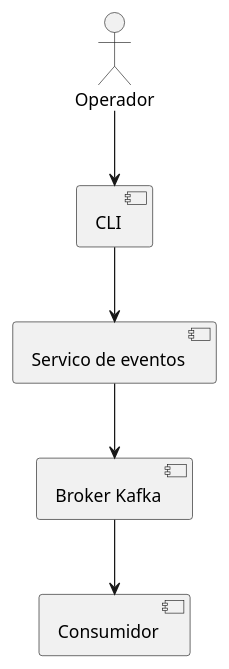
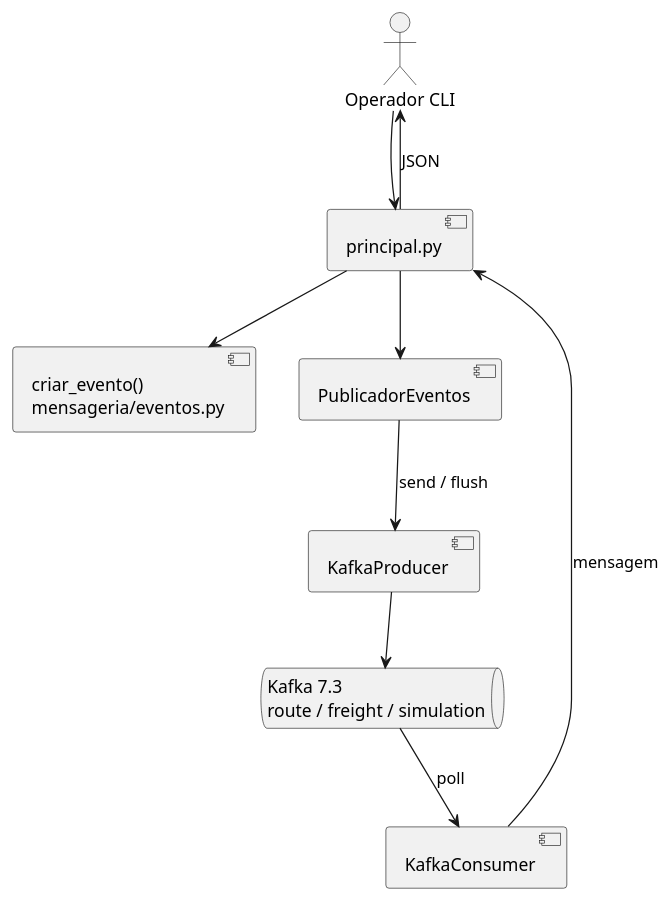
One commit to DanieldeAlmeida2024/kafka changed the diagram in docs/UML.puml. Above: the diagram before and after it, drawn with PlantUML. The commit also changed 11 other files, not shown here.

Commit message:
docs: especificacao individual, casos de teste, UML e versionamento de kafka (#3)

```diff
--- a/docs/UML.puml
+++ b/docs/UML.puml
@@ -1,11 +1,17 @@
 @startuml
-actor Operador
-component CLI
-component "Servico de eventos" as Servico
-component "Broker Kafka" as Broker
-component Consumidor
-Operador --> CLI
-CLI --> Servico
-Servico --> Broker
-Broker --> Consumidor
+actor "Operador CLI" as O
+component "principal.py" as CLI
+component "criar_evento()\nmensageria/eventos.py" as E
+component "PublicadorEventos" as P
+component "KafkaProducer" as KP
+component "KafkaConsumer" as KC
+queue "Kafka 7.3\nroute / freight / simulation" as Broker
+O --> CLI
+CLI --> E
+CLI --> P
+P --> KP : send / flush
+KP --> Broker
+Broker --> KC : poll
+KC --> CLI : mensagem
+CLI --> O : JSON
 @enduml
```
